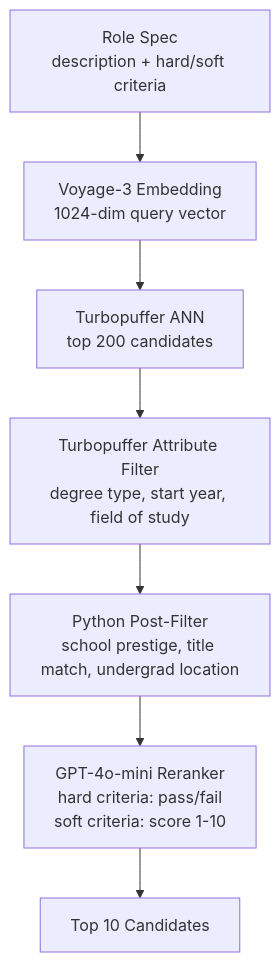
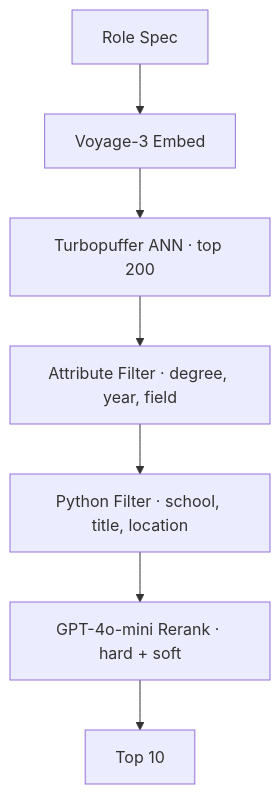
The diagram in README.md (jameswniu/candidate-search-vector-rerank-semantics), drawn with Mermaid before and after one commit. The commit also changed other lines of this file, not shown here.

Commit message:
format hard criteria pass rates with line breaks per variable

````diff
--- a/README.md
+++ b/README.md
@@ -23,9 +23,9 @@
 ```mermaid
 flowchart TD
-    Q["Role Spec<br/>description + hard/soft criteria"] --> EMB["Voyage-3 Embedding<br/>1024-dim query vector"]
-    EMB --> DB["Turbopuffer ANN<br/>top 200 candidates"]
-    DB --> AF["Turbopuffer Attribute Filter<br/>degree type, start year, field of study"]
-    AF --> PF["Python Post-Filter<br/>school prestige, title match, undergrad location"]
-    PF --> LLM["GPT-4o-mini Reranker<br/>hard criteria: pass/fail<br/>soft criteria: score 1-10"]
-    LLM --> TOP["Top 10 Candidates"]
+    Q["Role Spec"] --> EMB["Voyage-3 Embed"]
+    EMB --> DB["Turbopuffer ANN · top 200"]
+    DB --> AF["Attribute Filter · degree, year, field"]
+    AF --> PF["Python Filter · school, title, location"]
+    PF --> LLM["GPT-4o-mini Rerank · hard + soft"]
+    LLM --> TOP["Top 10"]
 ```
````
